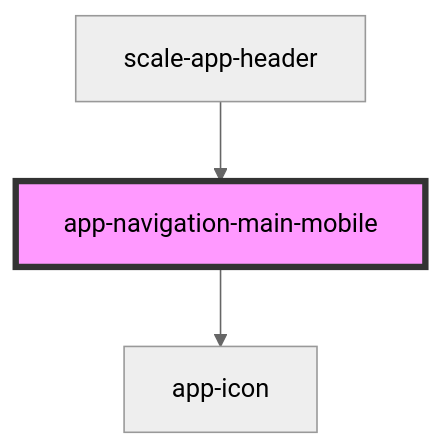
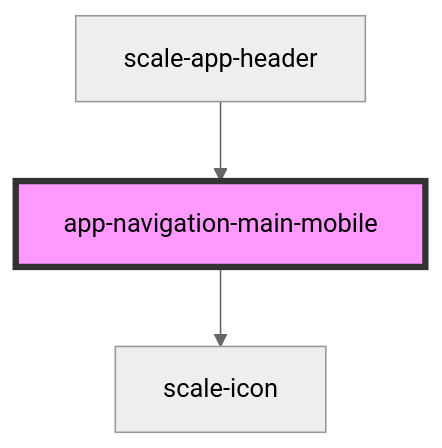
One commit to gaurishkamat/scale changed the diagram in packages/components/src/components/app-navigation-main-mobile/readme.md. Above: the diagram before and after it, drawn with Mermaid (neutral theme). The commit also changed other lines of this file and 23 other files, not shown here.

Commit message:
feat: improve scale-icon, remove app-icon

````diff
--- a/packages/components/src/components/app-navigation-main-mobile/readme.md
+++ b/packages/components/src/components/app-navigation-main-mobile/readme.md
@@ -33,6 +33,6 @@
 ```mermaid
 graph TD;
-  app-navigation-main-mobile --> app-icon
+  app-navigation-main-mobile --> scale-icon
   scale-app-header --> app-navigation-main-mobile
   style app-navigation-main-mobile fill:#f9f,stroke:#333,stroke-width:4px
 ```
````
